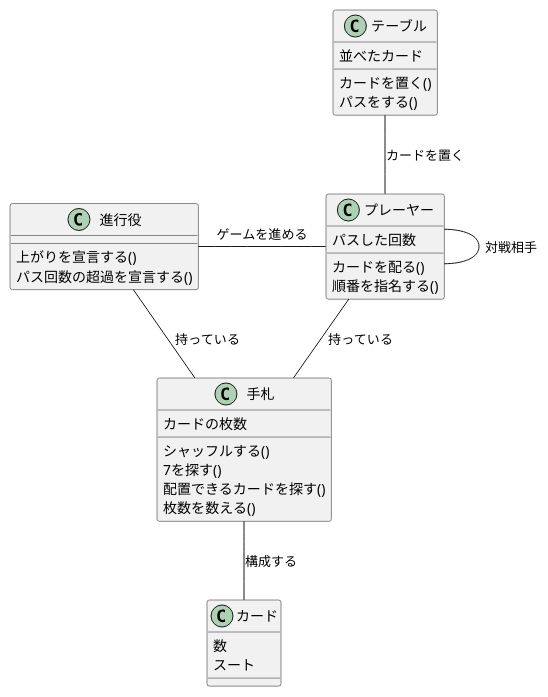
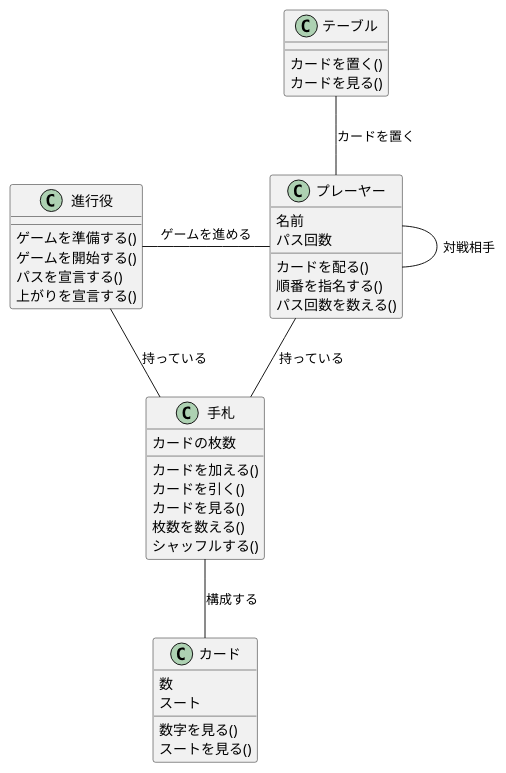
The diagram in 7-1.puml (yinm/oop-in-java), drawn with PlantUML before and after one commit.

```diff
--- a/7-1.puml
+++ b/7-1.puml
@@ -1,40 +1,46 @@
 @startuml
 
 class プレーヤー {
-  パスした回数
+  名前
+  パス回数
   カードを配る()
   順番を指名する()
+  パス回数を数える()
 }
 
 class 進行役 {
+  ゲームを準備する()
+  ゲームを開始する()
+  パスを宣言する()
   上がりを宣言する()
-  パス回数の超過を宣言する()
 }
 
 class カード {
   数
   スート
+  数字を見る()
+  スートを見る()
 }
 
 class 手札 {
   カードの枚数
+  カードを加える()
+  カードを引く()
+  カードを見る()
+  枚数を数える()
   シャッフルする()
-  7を探す()
-  配置できるカードを探す()
-  枚数を数える()
 }
 
 class テーブル {
-  並べたカード
   カードを置く()
-  パスをする()
+  カードを見る()
 }
 
 プレーヤー -l- 進行役 : ゲームを進める
 プレーヤー -- プレーヤー : 対戦相手
 プレーヤー -u- テーブル : カードを置く
 プレーヤー -- 手札 : 持っている
 進行役 -- 手札 : 持っている
 手札 -- カード : 構成する
 
 @enduml
```
